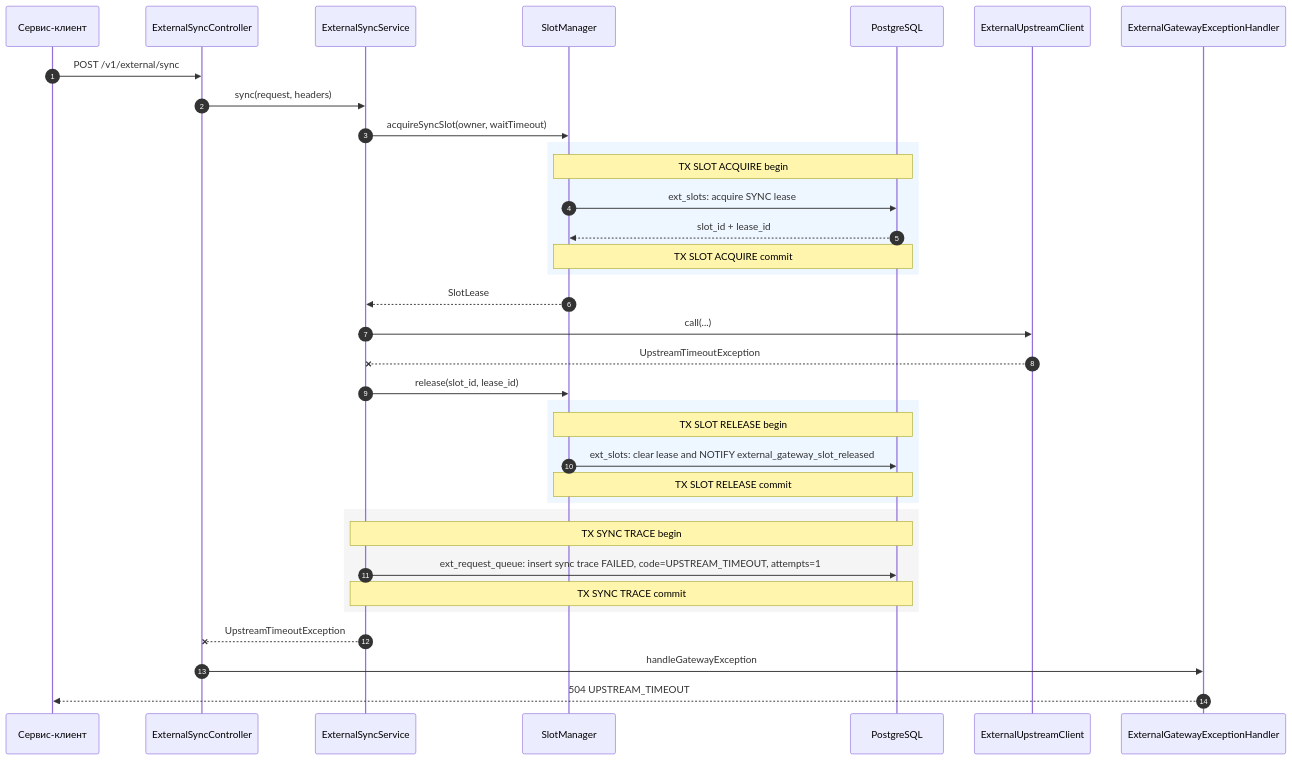
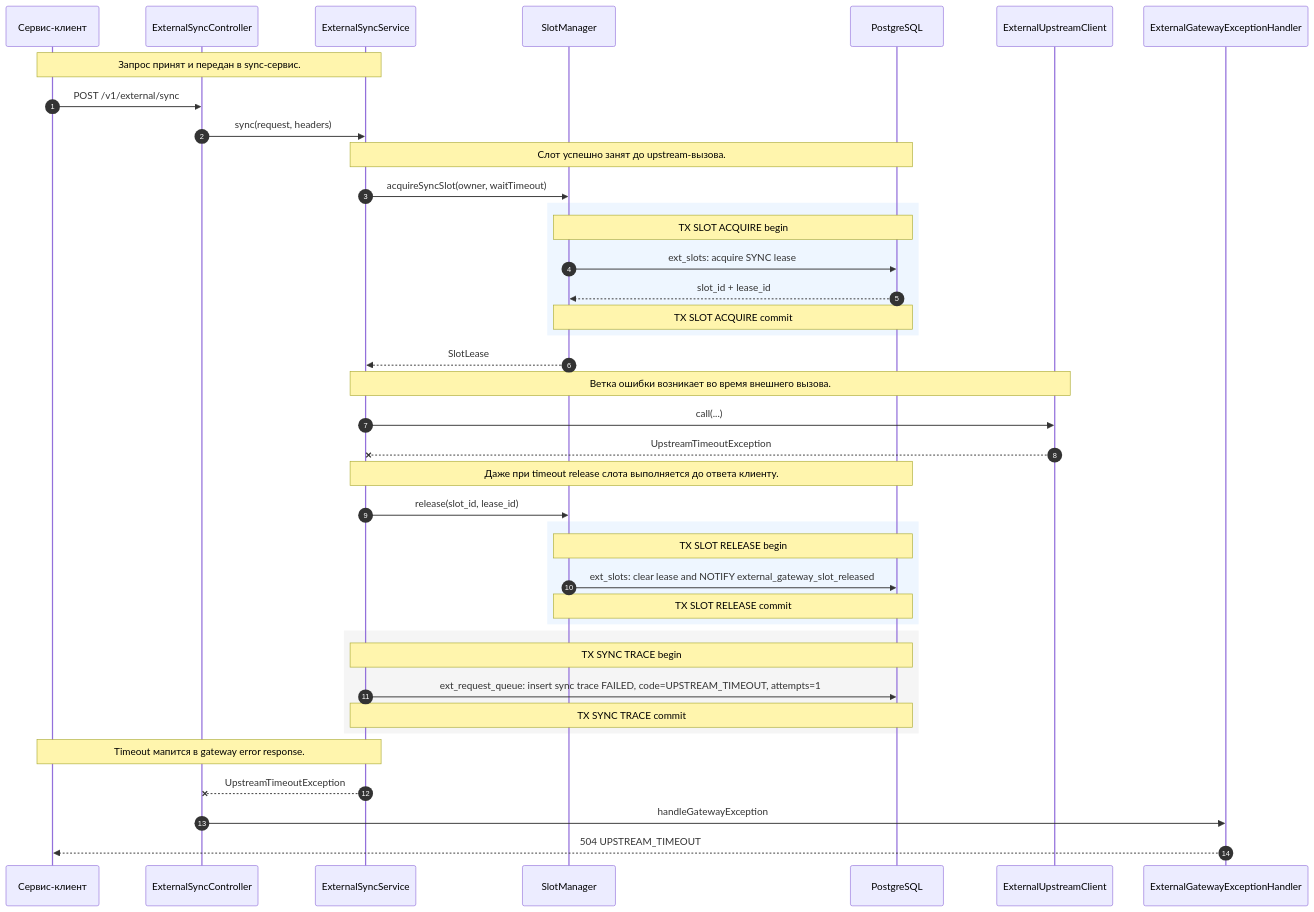
Before and after one commit to DenisVanin4402/TestQwenCli: the fifth of 7 diagrams in docs/external-service-gateway/architecture/05-sequence-sync.md, drawn with Mermaid. The commit also changed other lines of this file and 2 other files, not shown here.

Commit message:
диаграммы обновлены детализацией sequence

````diff
--- a/docs/external-service-gateway/architecture/05-sequence-sync.md
+++ b/docs/external-service-gateway/architecture/05-sequence-sync.md
@@ -230,38 +353,43 @@
 ```mermaid
 sequenceDiagram
     autonumber
     participant Client as Сервис-клиент
     participant API as ExternalSyncController
     participant Sync as ExternalSyncService
     participant Slots as SlotManager
     participant DB as PostgreSQL
     participant Upstream as ExternalUpstreamClient
     participant Errors as ExternalGatewayExceptionHandler
 
+    Note over Client,Sync: Запрос принят и передан в sync-сервис.
     Client->>API: POST /v1/external/sync
     API->>Sync: sync(request, headers)
+    Note over Sync,DB: Слот успешно занят до upstream-вызова.
     Sync->>Slots: acquireSyncSlot(owner, waitTimeout)
     rect rgb(238, 246, 255)
         Note over Slots,DB: TX SLOT ACQUIRE begin
         Slots->>DB: ext_slots: acquire SYNC lease
         DB-->>Slots: slot_id + lease_id
         Note over Slots,DB: TX SLOT ACQUIRE commit
     end
     Slots-->>Sync: SlotLease
+    Note over Sync,Upstream: Ветка ошибки возникает во время внешнего вызова.
     Sync->>Upstream: call(...)
     Upstream--xSync: UpstreamTimeoutException
+    Note over Sync,DB: Даже при timeout release слота выполняется до ответа клиенту.
     Sync->>Slots: release(slot_id, lease_id)
     rect rgb(238, 246, 255)
         Note over Slots,DB: TX SLOT RELEASE begin
         Slots->>DB: ext_slots: clear lease and NOTIFY external_gateway_slot_released
         Note over Slots,DB: TX SLOT RELEASE commit
     end
     rect rgb(245, 245, 245)
         Note over Sync,DB: TX SYNC TRACE begin
         Sync->>DB: ext_request_queue: insert sync trace FAILED, code=UPSTREAM_TIMEOUT, attempts=1
         Note over Sync,DB: TX SYNC TRACE commit
     end
+    Note over Sync,Client: Timeout мапится в gateway error response.
     Sync--xAPI: UpstreamTimeoutException
     API->>Errors: handleGatewayException
     Errors-->>Client: 504 UPSTREAM_TIMEOUT
 ```
````
